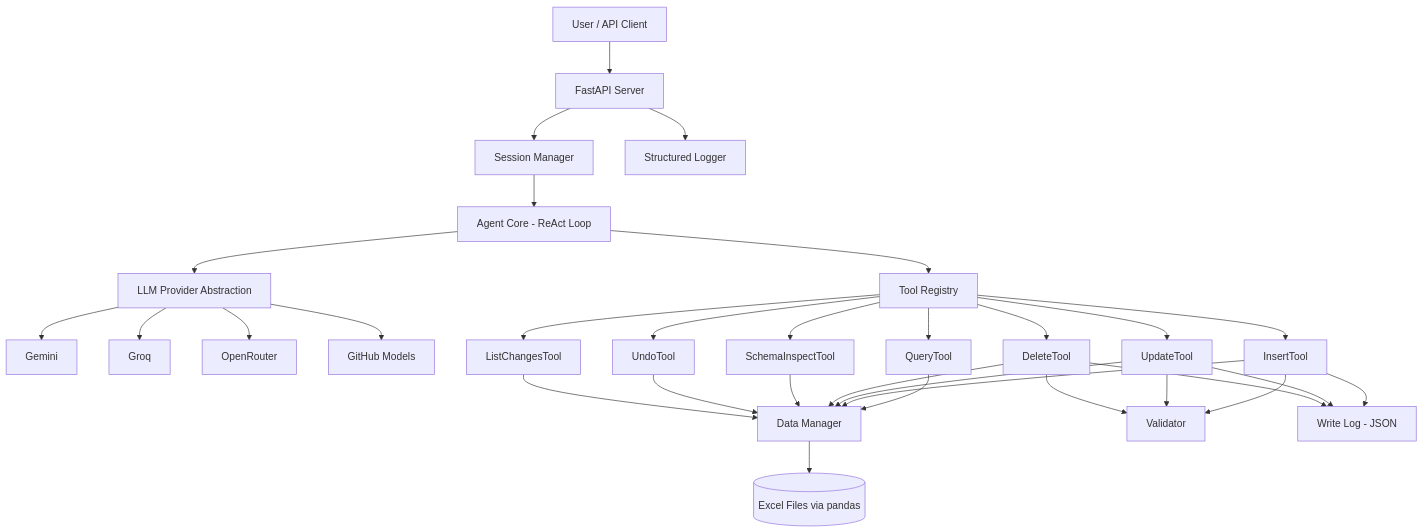
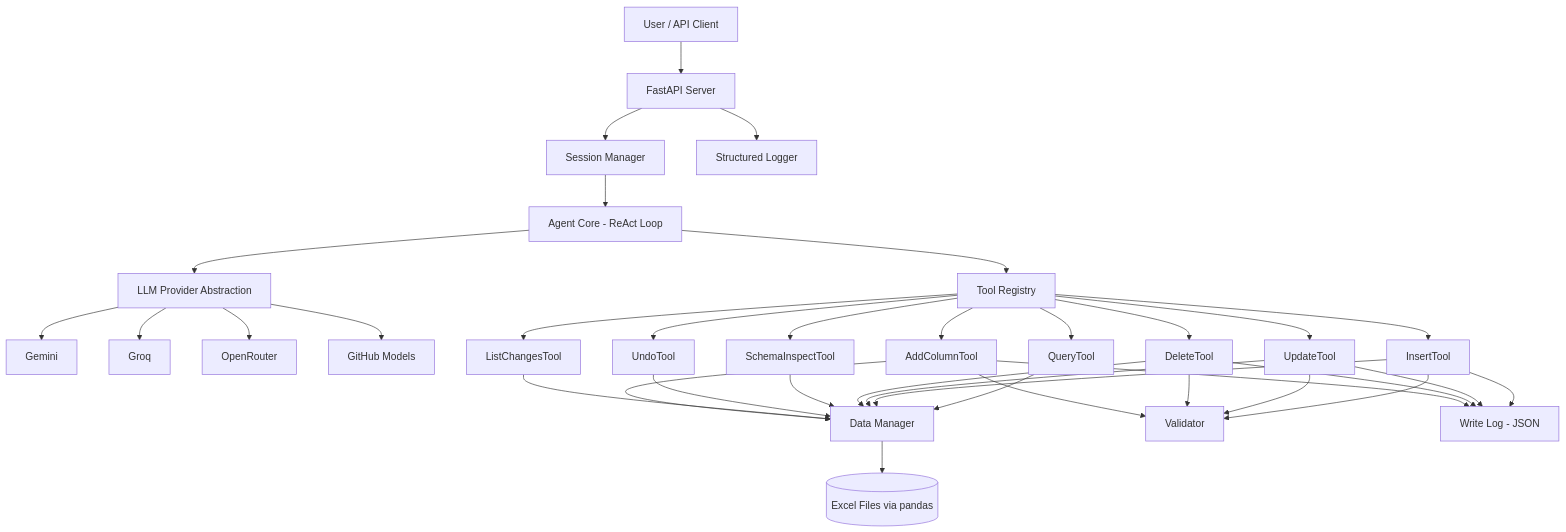
One commit to MoazEldsouky/Junior-AI-Engineer-Task-AI-assistant changed the diagram in implementation_plan.md. Above: the diagram before and after it, drawn with Mermaid.

Commit message:
Add AddColumnTool

````diff
--- a/implementation_plan.md
+++ b/implementation_plan.md
@@ -18,24 +18,29 @@
 ```mermaid
 graph TD
     User[User / API Client] --> API[FastAPI Server]
     API --> SM[Session Manager]
     SM --> Agent[Agent Core - ReAct Loop]
     Agent --> LLM[LLM Provider Abstraction]
     LLM --> G[Gemini]
     LLM --> GR[Groq]
     LLM --> OR[OpenRouter]
     LLM --> GH[GitHub Models]
     Agent --> TR[Tool Registry]
+    
     TR --> T1[QueryTool]
     TR --> T2[InsertTool]
     TR --> T3[UpdateTool]
     TR --> T4[DeleteTool]
     TR --> T5[SchemaInspectTool]
     TR --> T6[UndoTool]
     TR --> T7[ListChangesTool]
-    T1 & T2 & T3 & T4 & T5 & T6 & T7 --> DM[Data Manager]
+    TR --> T8[AddColumnTool]
+
+    T1 & T2 & T3 & T4 & T5 & T6 & T7 & T8 --> DM[Data Manager]
     DM --> Excel[(Excel Files via pandas)]
-    T2 & T3 & T4 --> V[Validator]
-    T2 & T3 & T4 --> WL[Write Log - JSON]
+    
+    T2 & T3 & T4 & T8 --> V[Validator]
+    T2 & T3 & T4 & T8 --> WL[Write Log - JSON]
+    
     API --> SL[Structured Logger]
 ```
````
